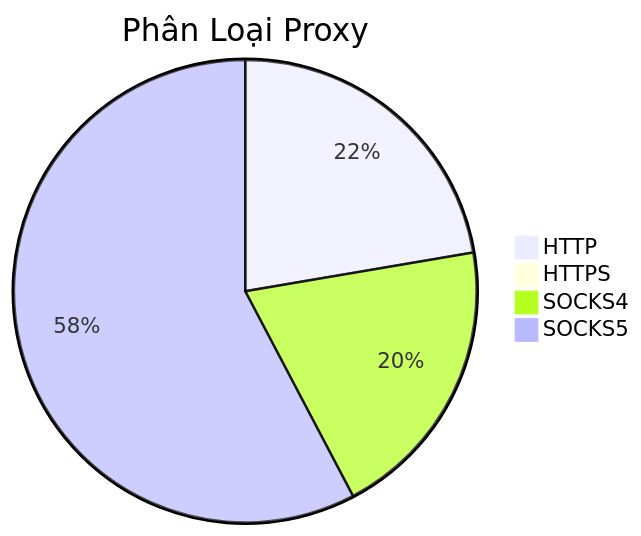
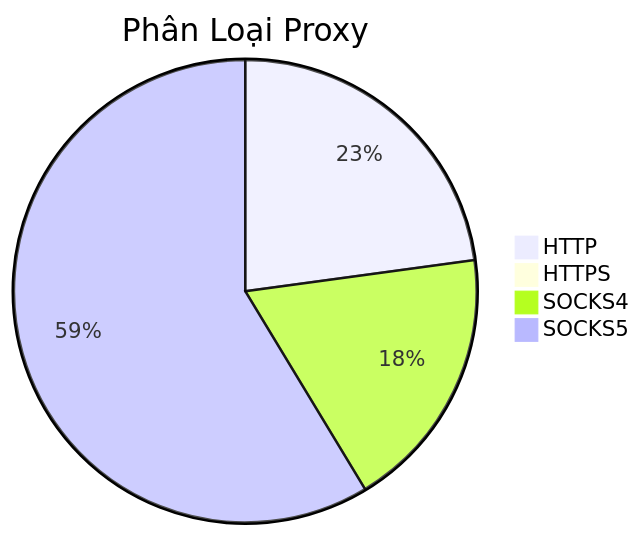
Before and after one commit to Ciara-Aa/PROXY-free: the diagram in README.md, drawn with Mermaid. The commit also changed other lines of this file and 4 other files, not shown here.

````diff
--- a/README.md
+++ b/README.md
@@ -26,7 +26,7 @@
 ```mermaid
 pie title Phân Loại Proxy
-    "HTTP" : 314
-    "HTTPS" : 1
-    "SOCKS4" : 281
-    "SOCKS5" : 812
+    "HTTP" : 377
+    "HTTPS" : 2
+    "SOCKS4" : 305
+    "SOCKS5" : 968
 ```
````
